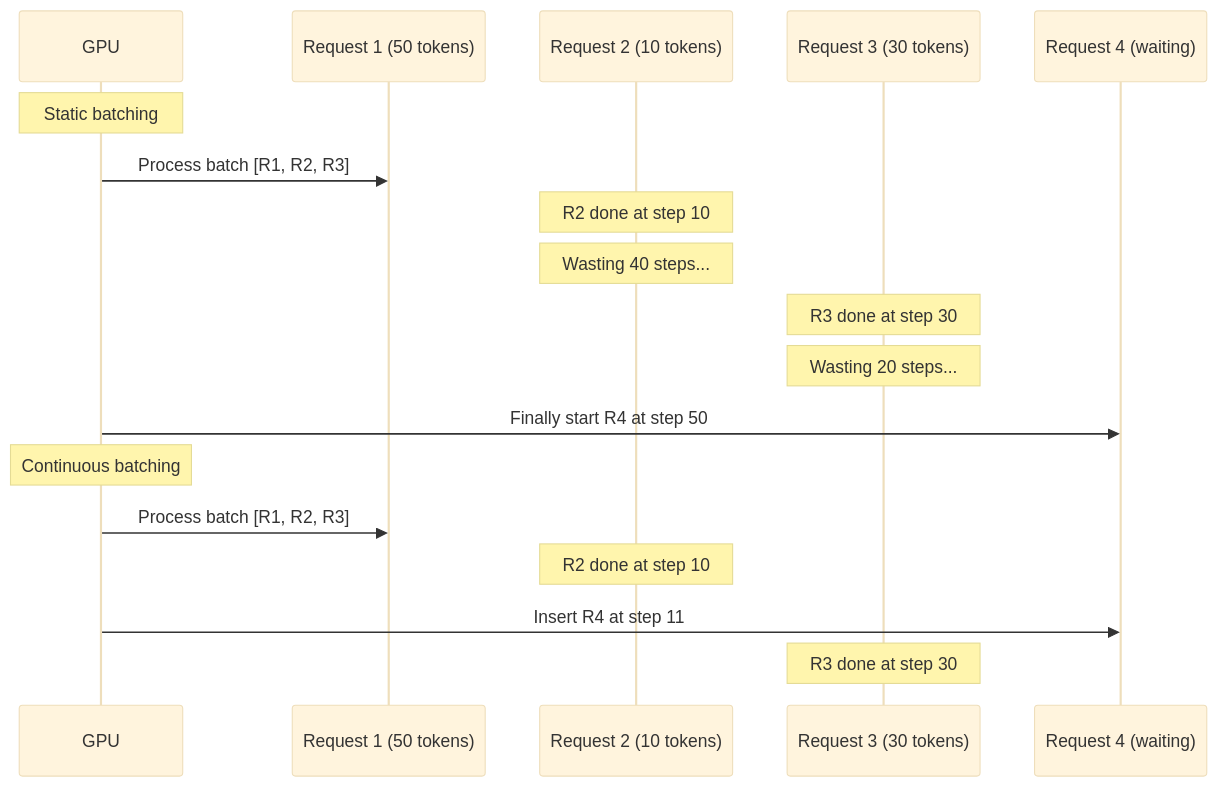
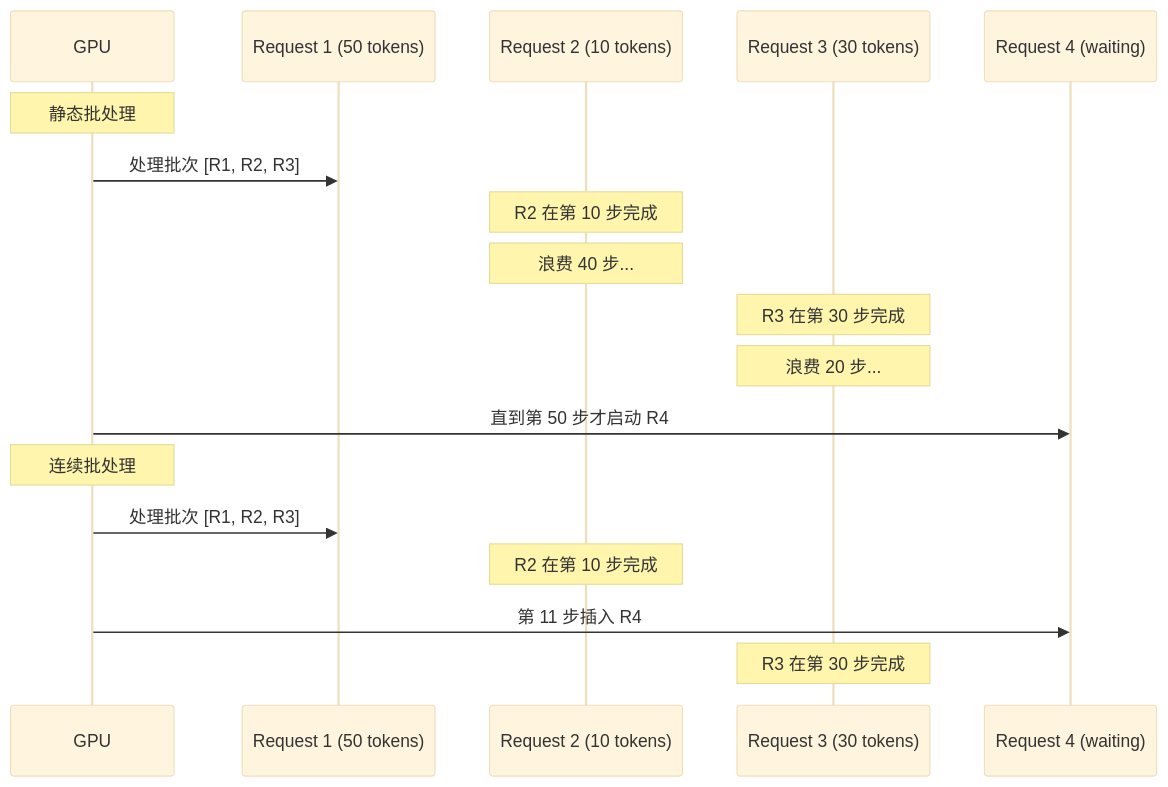
Before and after one commit to alessandrodinisio-ai/ai-engineering-learning-framework: the third of 5 diagrams in phases/10-llms-from-scratch/12-inference-optimization/docs/zh.md, drawn with Mermaid (base theme). The commit also changed other lines of this file and 120 other files, not shown here.

First line of the commit message:
i18n(mermaid): 337 个 mermaid 图表标签中文化

````diff
--- a/phases/10-llms-from-scratch/12-inference-optimization/docs/zh.md
+++ b/phases/10-llms-from-scratch/12-inference-optimization/docs/zh.md
@@ -105,22 +105,22 @@
 ```mermaid
 sequenceDiagram
     participant GPU
     participant R1 as Request 1 (50 tokens)
     participant R2 as Request 2 (10 tokens)
     participant R3 as Request 3 (30 tokens)
     participant R4 as Request 4 (waiting)
 
-    Note over GPU: Static batching
-    GPU->>R1: Process batch [R1, R2, R3]
-    Note over R2: R2 done at step 10
-    Note over R2: Wasting 40 steps...
-    Note over R3: R3 done at step 30
-    Note over R3: Wasting 20 steps...
-    GPU->>R4: Finally start R4 at step 50
+    Note over GPU: 静态批处理
+    GPU->>R1: 处理批次 [R1, R2, R3]
+    Note over R2: R2 在第 10 步完成
+    Note over R2: 浪费 40 步...
+    Note over R3: R3 在第 30 步完成
+    Note over R3: 浪费 20 步...
+    GPU->>R4: 直到第 50 步才启动 R4
 
-    Note over GPU: Continuous batching
-    GPU->>R1: Process batch [R1, R2, R3]
-    Note over R2: R2 done at step 10
-    GPU->>R4: Insert R4 at step 11
-    Note over R3: R3 done at step 30
+    Note over GPU: 连续批处理
+    GPU->>R1: 处理批次 [R1, R2, R3]
+    Note over R2: R2 在第 10 步完成
+    GPU->>R4: 第 11 步插入 R4
+    Note over R3: R3 在第 30 步完成
 ```
````
